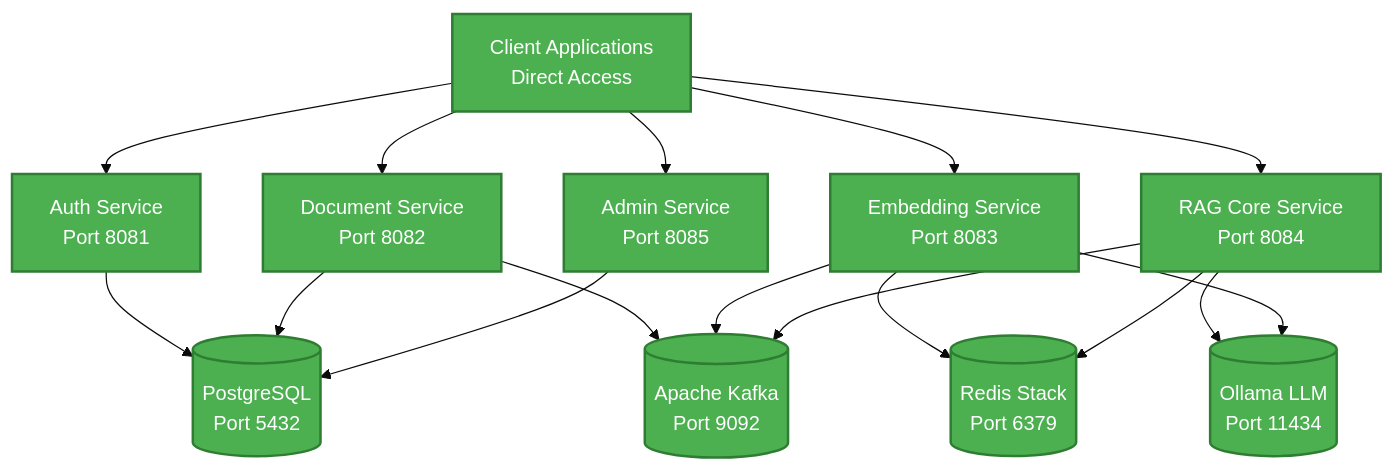
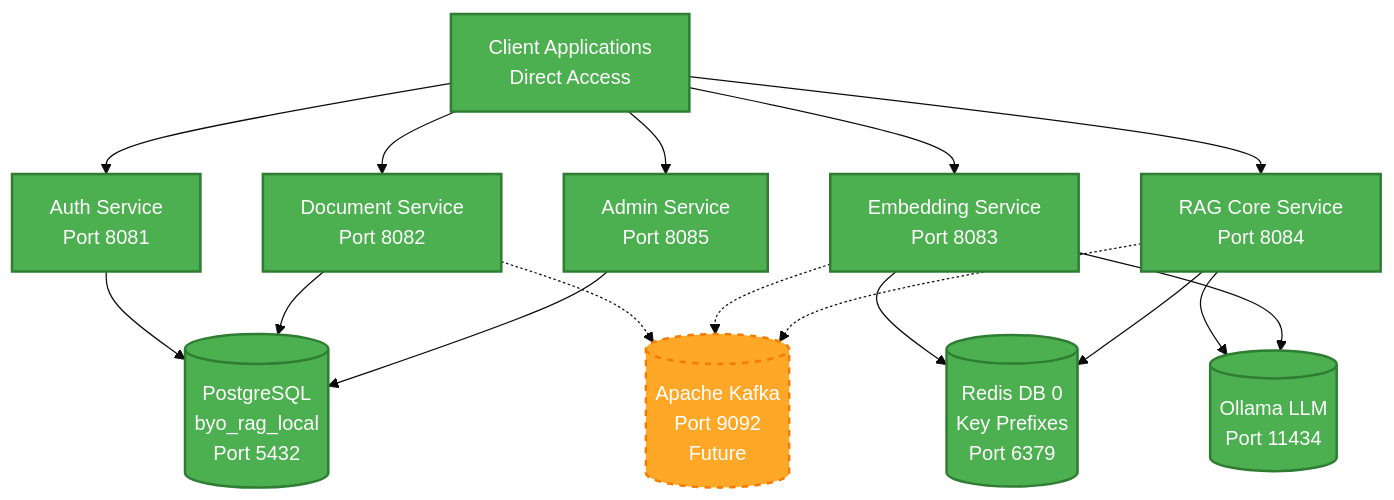
One commit to texican/RAG changed the diagram in README.md. Above: the diagram before and after it, drawn with Mermaid (base theme). The commit also changed other lines of this file, not shown here.

````diff
--- a/README.md
+++ b/README.md
@@ -279,36 +392,39 @@
 ```mermaid
 graph TB
     Client[Client Applications<br/>Direct Access]
     Auth[Auth Service<br/>Port 8081]
     Doc[Document Service<br/>Port 8082]
     Embed[Embedding Service<br/>Port 8083]
     Core[RAG Core Service<br/>Port 8084]
     Admin[Admin Service<br/>Port 8085]
 
-    PG[(PostgreSQL<br/>Port 5432)]
-    Redis[(Redis Stack<br/>Port 6379)]
-    Kafka[(Apache Kafka<br/>Port 9092)]
+    PG[(PostgreSQL<br/>byo_rag_local<br/>Port 5432)]
+    Redis[(Redis DB 0<br/>Key Prefixes<br/>Port 6379)]
+    Kafka[(Apache Kafka<br/>Port 9092<br/>Future)]
     Ollama[(Ollama LLM<br/>Port 11434)]
 
     Client --> Auth
     Client --> Doc
     Client --> Embed
     Client --> Core
     Client --> Admin
 
     Auth --> PG
     Doc --> PG
+    Admin --> PG
+
     Embed --> Redis
     Core --> Redis
-    Admin --> PG
 
-    Doc --> Kafka
-    Embed --> Kafka
-    Core --> Kafka
+    Doc -.-> Kafka
+    Embed -.-> Kafka
+    Core -.-> Kafka
 
     Core --> Ollama
     Embed --> Ollama
 
     classDef working fill:#4CAF50,stroke:#2E7D32,stroke-width:2px,color:#FFFFFF;
-    class Client,Auth,Doc,Embed,Core,Admin,PG,Redis,Kafka,Ollama working;
+    classDef planned fill:#FFA726,stroke:#F57C00,stroke-width:2px,stroke-dasharray: 5 5,color:#FFFFFF;
+    class Client,Auth,Doc,Embed,Core,Admin,PG,Redis,Ollama working;
+    class Kafka planned;
 ```
````
